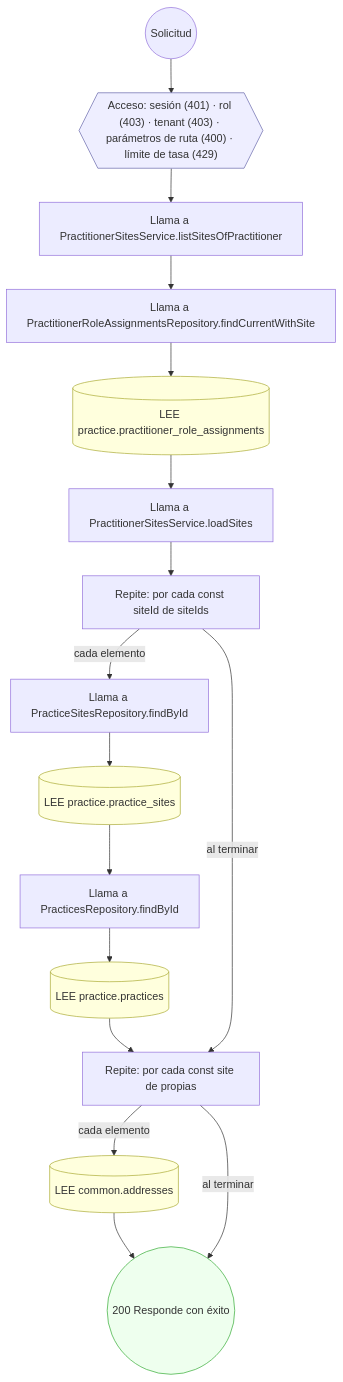
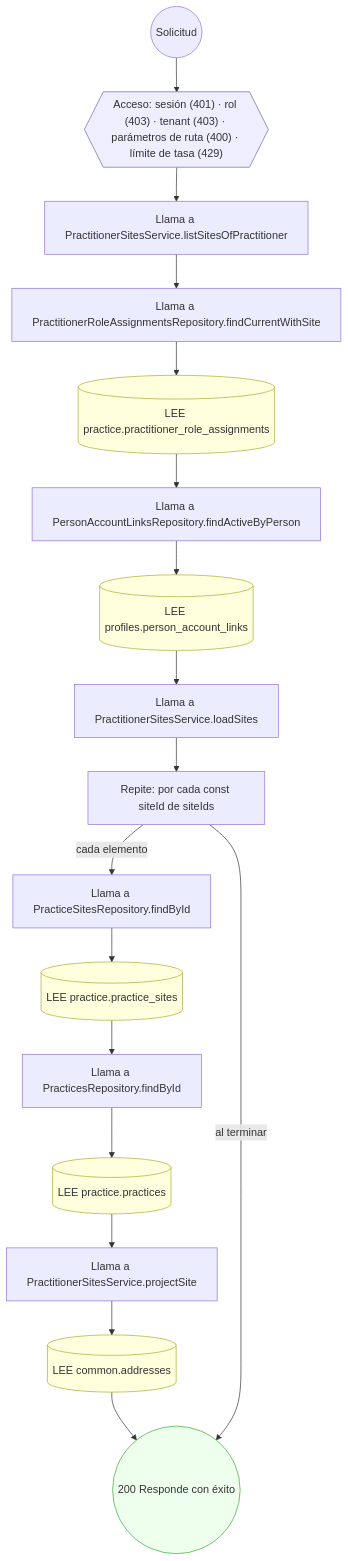
One commit to mdavila-2001/mantra-core-health-api changed diagram 16 of 30 in docs/inventario/flujos/practice.md. Above: the diagram before and after it, drawn with Mermaid. The commit also changed other lines of this file and 451 other files, not shown here.

````diff
--- a/docs/inventario/flujos/practice.md
+++ b/docs/inventario/flujos/practice.md
@@ -957,38 +1062,41 @@
 ```mermaid
 flowchart TD
   n1(("Solicitud")):::inicio
   n2{{"Acceso: sesión (401) · rol (403) · tenant (403) · parámetros de ruta (400) · límite de tasa (429)"}}:::acceso
   n1 --> n2
   n3["Llama a PractitionerSitesService.listSitesOfPractitioner"]:::llamada
   n2 --> n3
   n4["Llama a PractitionerRoleAssignmentsRepository.findCurrentWithSite"]:::llamada
   n3 --> n4
   n5[("LEE practice.practitioner_role_assignments")]:::efecto
   n4 --> n5
-  n6["Llama a PractitionerSitesService.loadSites"]:::llamada
+  n6["Llama a PersonAccountLinksRepository.findActiveByPerson"]:::llamada
   n5 --> n6
-  n7["Repite: por cada const siteId de siteIds"]:::bucle
+  n7[("LEE profiles.person_account_links")]:::efecto
   n6 --> n7
-  n8["Llama a PracticeSitesRepository.findById"]:::llamada
-  n7 -->|"cada elemento"| n8
-  n9[("LEE practice.practice_sites")]:::efecto
+  n8["Llama a PractitionerSitesService.loadSites"]:::llamada
+  n7 --> n8
+  n9["Repite: por cada const siteId de siteIds"]:::bucle
   n8 --> n9
-  n10["Llama a PracticesRepository.findById"]:::llamada
-  n9 --> n10
-  n11[("LEE practice.practices")]:::efecto
+  n10["Llama a PracticeSitesRepository.findById"]:::llamada
+  n9 -->|"cada elemento"| n10
+  n11[("LEE practice.practice_sites")]:::efecto
   n10 --> n11
-  n12["Repite: por cada const site de propias"]:::bucle
+  n12["Llama a PracticesRepository.findById"]:::llamada
   n11 --> n12
-  n7 -->|"al terminar"| n12
-  n13[("LEE common.addresses")]:::efecto
-  n12 -->|"cada elemento"| n13
-  n14(("200 Responde con éxito")):::ok
+  n13[("LEE practice.practices")]:::efecto
+  n12 --> n13
+  n14["Llama a PractitionerSitesService.projectSite"]:::llamada
   n13 --> n14
-  n12 -->|"al terminar"| n14
+  n15[("LEE common.addresses")]:::efecto
+  n14 --> n15
+  n16(("200 Responde con éxito")):::ok
+  n15 --> n16
+  n9 -->|"al terminar"| n16
   classDef acceso fill:#eef,stroke:#66a
   classDef error fill:#fee,stroke:#c33
   classDef ok fill:#efe,stroke:#3a3
   classDef efecto fill:#ffd,stroke:#aa3
   classDef decision fill:#fff,stroke:#555
   classDef corte fill:#eee,stroke:#999,stroke-dasharray: 4
 ```
````
